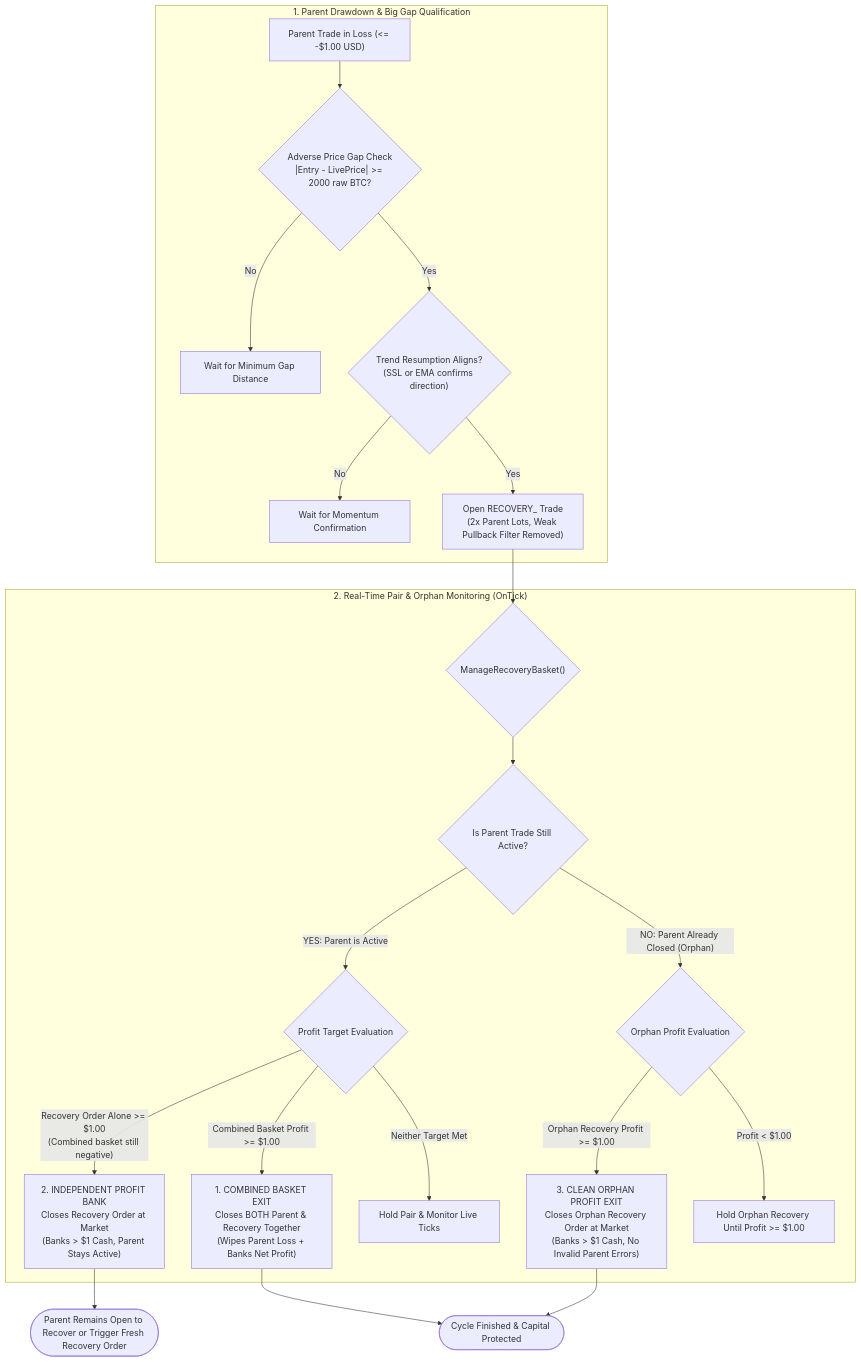
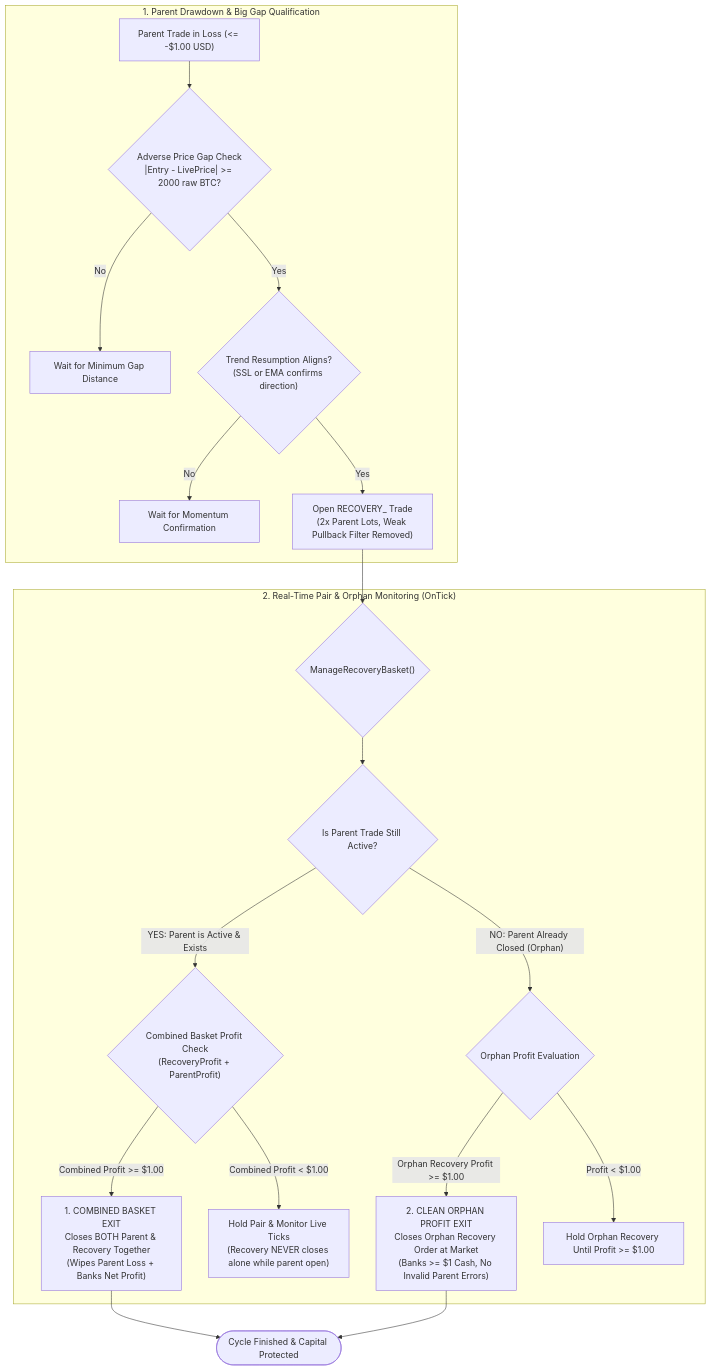
Before and after one commit to devcrunch2025/exnessStratagiesExperts: the fifth of 5 diagrams in trading-lifecycle-flowchart.md, drawn with Mermaid. The commit also changed other lines of this file and 4 other files, not shown here.

````diff
--- a/trading-lifecycle-flowchart.md
+++ b/trading-lifecycle-flowchart.md
@@ -190,28 +190,26 @@
 ```mermaid
 flowchart TD
     subgraph Trigger["1. Parent Drawdown & Big Gap Qualification"]
         P1["Parent Trade in Loss (<= -$1.00 USD)"] --> P2{"Adverse Price Gap Check<br>|Entry - LivePrice| >= 2000 raw BTC?"}
         P2 -->|"No"| PWait["Wait for Minimum Gap Distance"]
         P2 -->|"Yes"| P3{"Trend Resumption Aligns?<br>(SSL or EMA confirms direction)"}
         P3 -->|"No"| PWait2["Wait for Momentum Confirmation"]
         P3 -->|"Yes"| P4["Open RECOVERY_ Trade<br>(2x Parent Lots, Weak Pullback Filter Removed)"]
     end
 
     subgraph Monitor["2. Real-Time Pair & Orphan Monitoring (OnTick)"]
         P4 --> M1{"ManageRecoveryBasket()"}
         M1 --> M2{"Is Parent Trade Still Active?"}
 
-        M2 -->|"YES: Parent is Active"| M3{"Profit Target Evaluation"}
-        M3 -->|"Combined Basket Profit >= $1.00"| E1["1. COMBINED BASKET EXIT<br>Closes BOTH Parent & Recovery Together<br>(Wipes Parent Loss + Banks Net Profit)"]
-        M3 -->|"Recovery Order Alone >= $1.00<br>(Combined basket still negative)"| E2["2. INDEPENDENT PROFIT BANK<br>Closes Recovery Order at Market<br>(Banks > $1 Cash, Parent Stays Active)"]
-        M3 -->|"Neither Target Met"| MWait["Hold Pair & Monitor Live Ticks"]
+        M2 -->|"YES: Parent is Active & Exists"| M3{"Combined Basket Profit Check<br>(RecoveryProfit + ParentProfit)"}
+        M3 -->|"Combined Profit >= $1.00"| E1["1. COMBINED BASKET EXIT<br>Closes BOTH Parent & Recovery Together<br>(Wipes Parent Loss + Banks Net Profit)"]
+        M3 -->|"Combined Profit < $1.00"| MWait["Hold Pair & Monitor Live Ticks<br>(Recovery NEVER closes alone while parent open)"]
 
         M2 -->|"NO: Parent Already Closed (Orphan)"| M4{"Orphan Profit Evaluation"}
-        M4 -->|"Orphan Recovery Profit >= $1.00"| E3["3. CLEAN ORPHAN PROFIT EXIT<br>Closes Orphan Recovery Order at Market<br>(Banks > $1 Cash, No Invalid Parent Errors)"]
+        M4 -->|"Orphan Recovery Profit >= $1.00"| E2["2. CLEAN ORPHAN PROFIT EXIT<br>Closes Orphan Recovery Order at Market<br>(Banks >= $1 Cash, No Invalid Parent Errors)"]
         M4 -->|"Profit < $1.00"| OWait["Hold Orphan Recovery Until Profit >= $1.00"]
     end
 
     E1 --> Done(["Cycle Finished & Capital Protected"])
-    E2 --> ParentActive(["Parent Remains Open to Recover or Trigger Fresh Recovery Order"])
-    E3 --> Done
+    E2 --> Done
 ```
````
